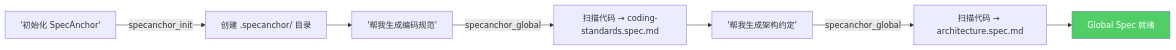
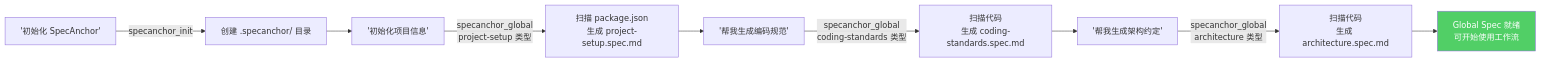
The fourth of 10 diagrams in FLOWCHART.md (linziyanleo/spec-anchor), drawn with Mermaid before and after one commit. The commit also changed other lines of this file and 8 other files, not shown here.

````diff
--- a/FLOWCHART.md
+++ b/FLOWCHART.md
@@ -51,11 +89,13 @@
 ```mermaid
 flowchart LR
     A["'初始化 SpecAnchor'"] -->|specanchor_init| B[创建 .specanchor/ 目录]
-    B --> C["'帮我生成编码规范'"]
-    C -->|specanchor_global| D[扫描代码 → coding-standards.spec.md]
-    D --> E["'帮我生成架构约定'"]
-    E -->|specanchor_global| F[扫描代码 → architecture.spec.md]
-    F --> G[Global Spec 就绪]
+    B --> C["'初始化项目信息'"]
+    C -->|specanchor_global<br/>project-setup 类型| D[扫描 package.json<br/>生成 project-setup.spec.md]
+    D --> E["'帮我生成编码规范'"]
+    E -->|specanchor_global<br/>coding-standards 类型| F[扫描代码<br/>生成 coding-standards.spec.md]
+    F --> G["'帮我生成架构约定'"]
+    G -->|specanchor_global<br/>architecture 类型| H[扫描代码<br/>生成 architecture.spec.md]
+    H --> I[Global Spec 就绪<br/>可开始使用工作流]
 
-    style G fill:#51cf66,color:#fff
+    style I fill:#51cf66,color:#fff
 ```
````
